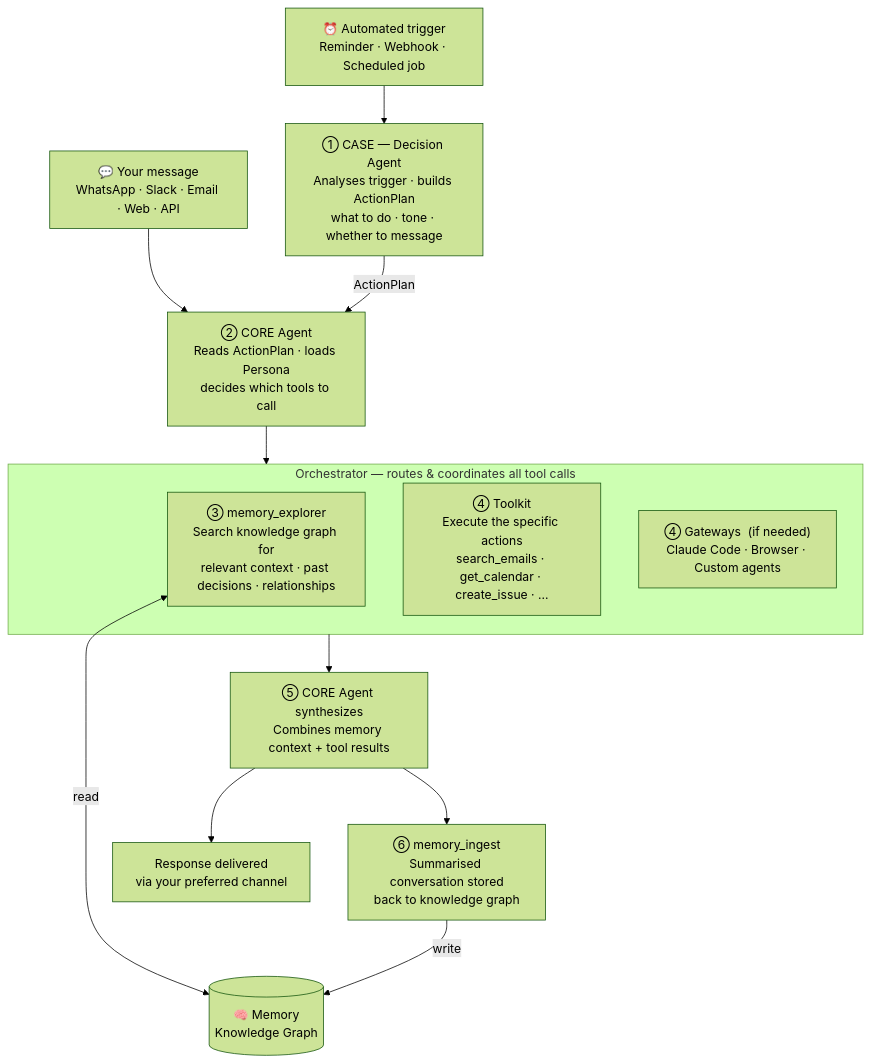
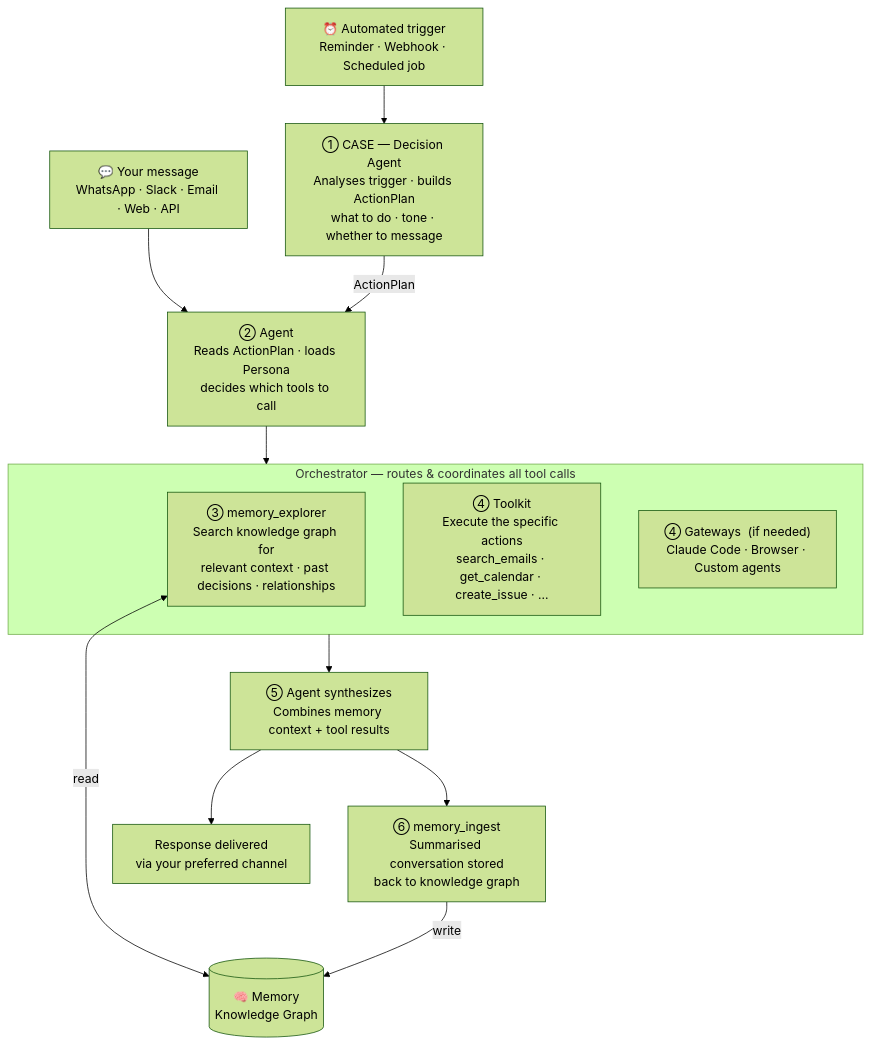
One commit to RedPlanetHQ/core changed the diagram in docs/concepts/meta-agent.mdx. Above: the diagram before and after it, drawn with Mermaid (forest theme). The commit also changed other lines of this file and 18 other files, not shown here.

````diff
--- a/docs/concepts/meta-agent.mdx
+++ b/docs/concepts/meta-agent.mdx
@@ -18,34 +18,34 @@
 ```mermaid
 flowchart TD
     MSG["💬 Your message\nWhatsApp · Slack · Email · Web · API"]
     TRG["⏰ Automated trigger\nReminder · Webhook · Scheduled job"]
 
     CASE["① CASE — Decision Agent\nAnalyses trigger · builds ActionPlan\nwhat to do · tone · whether to message"]
 
-    AGENT["② CORE Agent\nReads ActionPlan · loads Persona\ndecides which tools to call"]
+    AGENT["② Agent\nReads ActionPlan · loads Persona\ndecides which tools to call"]
 
     subgraph orch["Orchestrator — routes & coordinates all tool calls"]
         MEMR["③ memory_explorer\nSearch knowledge graph for\nrelevant context · past decisions · relationships"]
         TOOLS["④ Toolkit\nExecute the specific actions\nsearch_emails · get_calendar · create_issue · …"]
         GW["④ Gateways  (if needed)\nClaude Code · Browser · Custom agents"]
     end
 
     MEM[("🧠 Memory\nKnowledge Graph")]
 
-    SYNTH["⑤ CORE Agent synthesizes\nCombines memory context + tool results"]
+    SYNTH["⑤ Agent synthesizes\nCombines memory context + tool results"]
     RESP["Response delivered\nvia your preferred channel"]
 
     INGEST["⑥ memory_ingest\nSummarised conversation stored\nback to knowledge graph"]
 
     MSG --> AGENT
     TRG --> CASE
     CASE -->|"ActionPlan"| AGENT
 
     AGENT --> orch
     MEMR <-->|"read"| MEM
 
     orch --> SYNTH
     SYNTH --> RESP
     SYNTH --> INGEST
     INGEST -->|"write"| MEM
 ```
````
